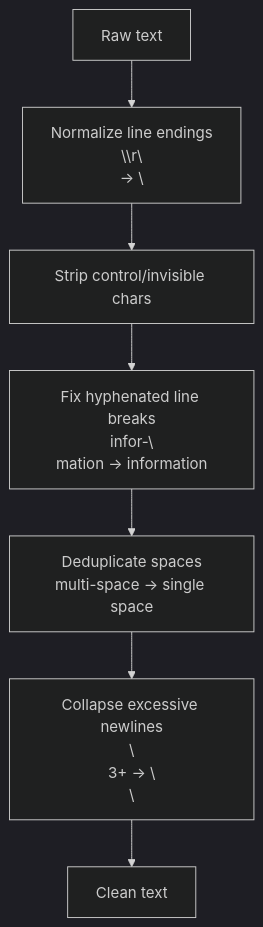
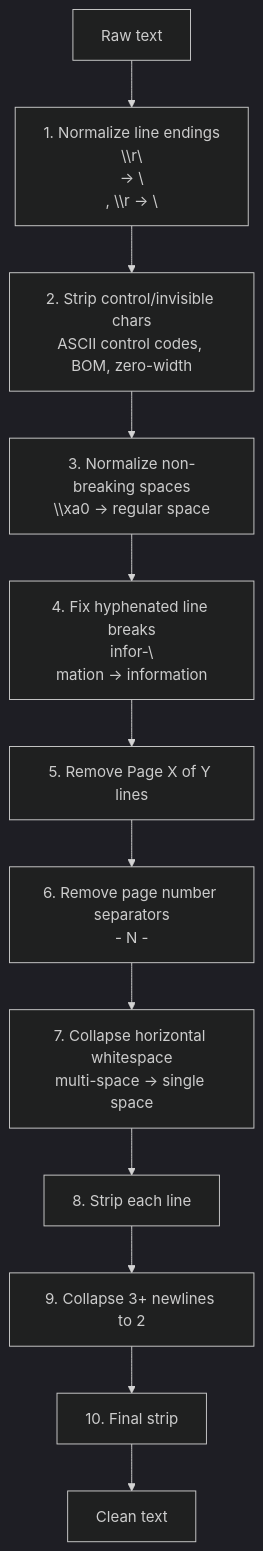
Before and after one commit to kunalPisolkar24/detectAI: the first of 2 diagrams in services/document-parser/docs/concepts/text-cleaning.md, drawn with Mermaid (dark theme). The commit also changed other lines of this file and 9 other files, not shown here.

````diff
--- a/services/document-parser/docs/concepts/text-cleaning.md
+++ b/services/document-parser/docs/concepts/text-cleaning.md
@@ -21,9 +22,14 @@
 ```mermaid
 graph TB
-    A[Raw text] --> B[Normalize line endings<br/>\\r\\n -> \\n]
-    B --> C[Strip control/invisible chars]
-    C --> D[Fix hyphenated line breaks<br/>infor-\\nmation -> information]
-    D --> E[Deduplicate spaces<br/>multi-space -> single space]
-    E --> F[Collapse excessive newlines<br/>\\n3+ -> \\n\\n]
-    F --> G[Clean text]
+    A[Raw text] --> B[1. Normalize line endings<br/>\\r\\n -> \\n, \\r -> \\n]
+    B --> C[2. Strip control/invisible chars<br/>ASCII control codes, BOM, zero-width]
+    C --> D[3. Normalize non-breaking spaces<br/>\\xa0 -> regular space]
+    D --> E[4. Fix hyphenated line breaks<br/>infor-\\nmation -> information]
+    E --> F[5. Remove Page X of Y lines]
+    F --> G[6. Remove page number separators<br/>- N -]
+    G --> H[7. Collapse horizontal whitespace<br/>multi-space -> single space]
+    H --> I[8. Strip each line]
+    I --> J[9. Collapse 3+ newlines to 2]
+    J --> K[10. Final strip]
+    K --> L[Clean text]
 ```
````
